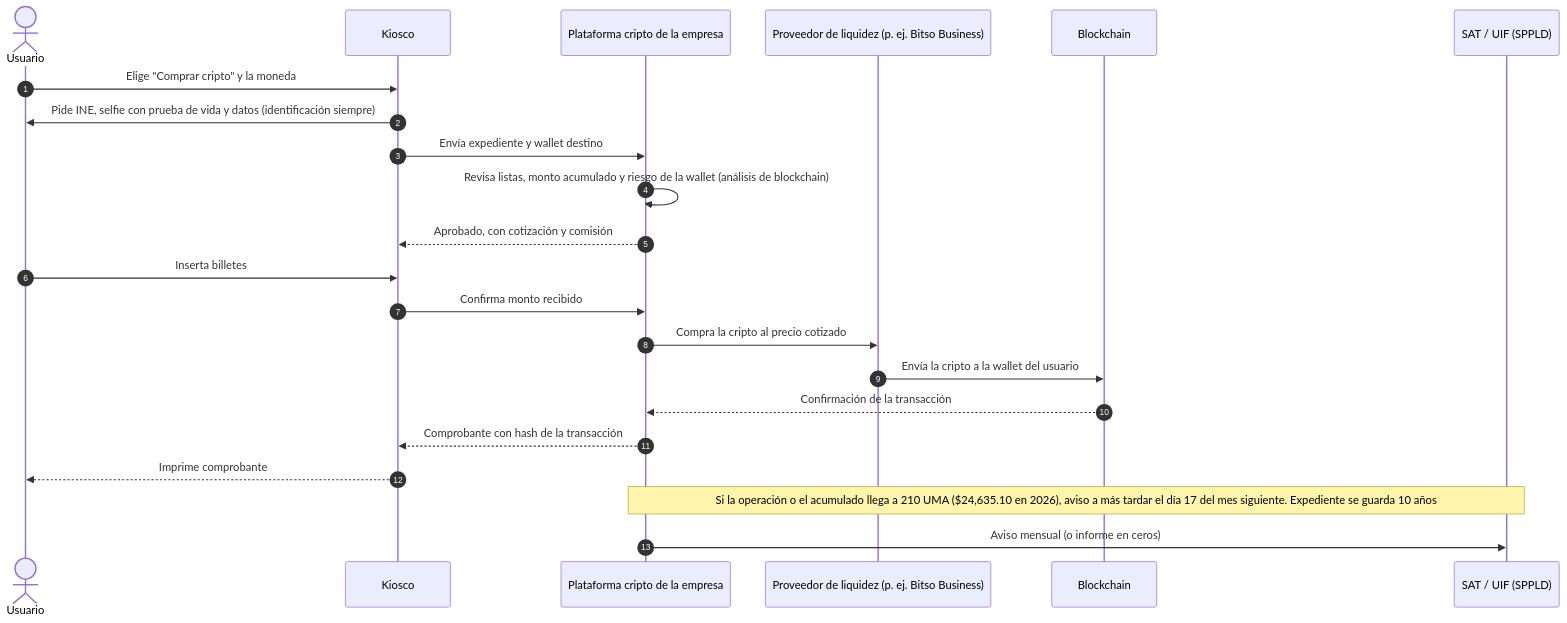
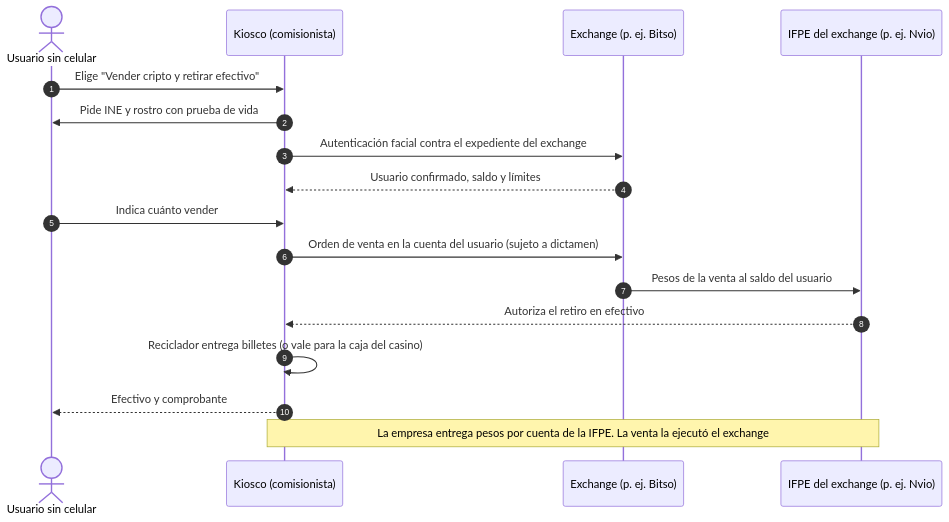
The third of 9 diagrams in estudios/prefactibilidad-kioscos-casinos.md (LuisMaciasC/mclr), drawn with Mermaid before and after one commit. The commit also changed other lines of this file and 7 other files, not shown here.

````diff
--- a/estudios/prefactibilidad-kioscos-casinos.md
+++ b/estudios/prefactibilidad-kioscos-casinos.md
@@ -215,24 +1302,19 @@
 ```mermaid
 sequenceDiagram
   autonumber
-  actor U as Usuario
-  participant K as Kiosco
-  participant P as Plataforma cripto de la empresa
-  participant L as Proveedor de liquidez (p. ej. Bitso Business)
-  participant BC as Blockchain
-  participant SAT as SAT / UIF (SPPLD)
-  U->>K: Elige "Comprar cripto" y la moneda
-  K->>U: Pide INE, selfie con prueba de vida y datos (identificación siempre)
-  K->>P: Envía expediente y wallet destino
-  P->>P: Revisa listas, monto acumulado y riesgo de la wallet (análisis de blockchain)
-  P-->>K: Aprobado, con cotización y comisión
-  U->>K: Inserta billetes
-  K->>P: Confirma monto recibido
-  P->>L: Compra la cripto al precio cotizado
-  L->>BC: Envía la cripto a la wallet del usuario
-  BC-->>P: Confirmación de la transacción
-  P-->>K: Comprobante con hash de la transacción
-  K-->>U: Imprime comprobante
-  Note over P,SAT: Si la operación o el acumulado llega a 210 UMA ($24,635.10 en 2026), aviso a más tardar el día 17 del mes siguiente. Expediente se guarda 10 años
-  P->>SAT: Aviso mensual (o informe en ceros)
+  actor U as Usuario sin celular
+  participant K as Kiosco (comisionista)
+  participant X as Exchange (p. ej. Bitso)
+  participant I as IFPE del exchange (p. ej. Nvio)
+  U->>K: Elige "Vender cripto y retirar efectivo"
+  K->>U: Pide INE y rostro con prueba de vida
+  K->>X: Autenticación facial contra el expediente del exchange
+  X-->>K: Usuario confirmado, saldo y límites
+  U->>K: Indica cuánto vender
+  K->>X: Orden de venta en la cuenta del usuario (sujeto a dictamen)
+  X->>I: Pesos de la venta al saldo del usuario
+  I-->>K: Autoriza el retiro en efectivo
+  K->>K: Reciclador entrega billetes (o vale para la caja del casino)
+  K-->>U: Efectivo y comprobante
+  Note over K,I: La empresa entrega pesos por cuenta de la IFPE. La venta la ejecutó el exchange
 ```
````
